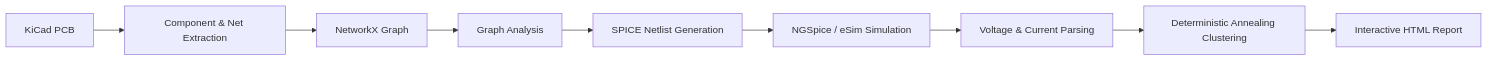
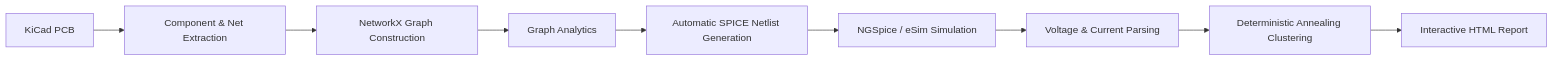
The diagram in pcb_linter_da_clustering/README.md (prishabhatia46/eSim-KiCad-Plugin), drawn with Mermaid before and after one commit. The commit also changed other lines of this file, not shown here.

````diff
--- a/pcb_linter_da_clustering/README.md
+++ b/pcb_linter_da_clustering/README.md
@@ -38,27 +46,27 @@
 ```mermaid
 flowchart LR
 
 A[KiCad PCB]
--->B[Component & Net Extraction]
+--> B[Component & Net Extraction]
 
 B
--->C[NetworkX Graph]
+--> C[NetworkX Graph Construction]
 
 C
--->D[Graph Analysis]
+--> D[Graph Analytics]
 
 D
--->E[SPICE Netlist Generation]
+--> E[Automatic SPICE Netlist Generation]
 
 E
--->F[NGSpice / eSim Simulation]
+--> F[NGSpice / eSim Simulation]
 
 F
--->G[Voltage & Current Parsing]
+--> G[Voltage & Current Parsing]
 
 G
--->H[Deterministic Annealing Clustering]
+--> H[Deterministic Annealing Clustering]
 
 H
--->I[Interactive HTML Report]
+--> I[Interactive HTML Report]
 ```
````
